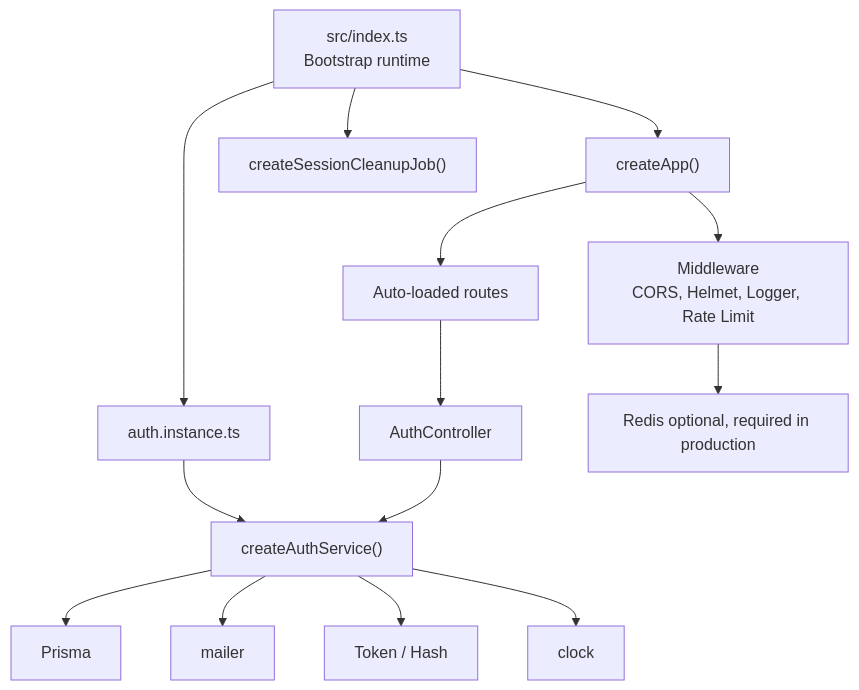
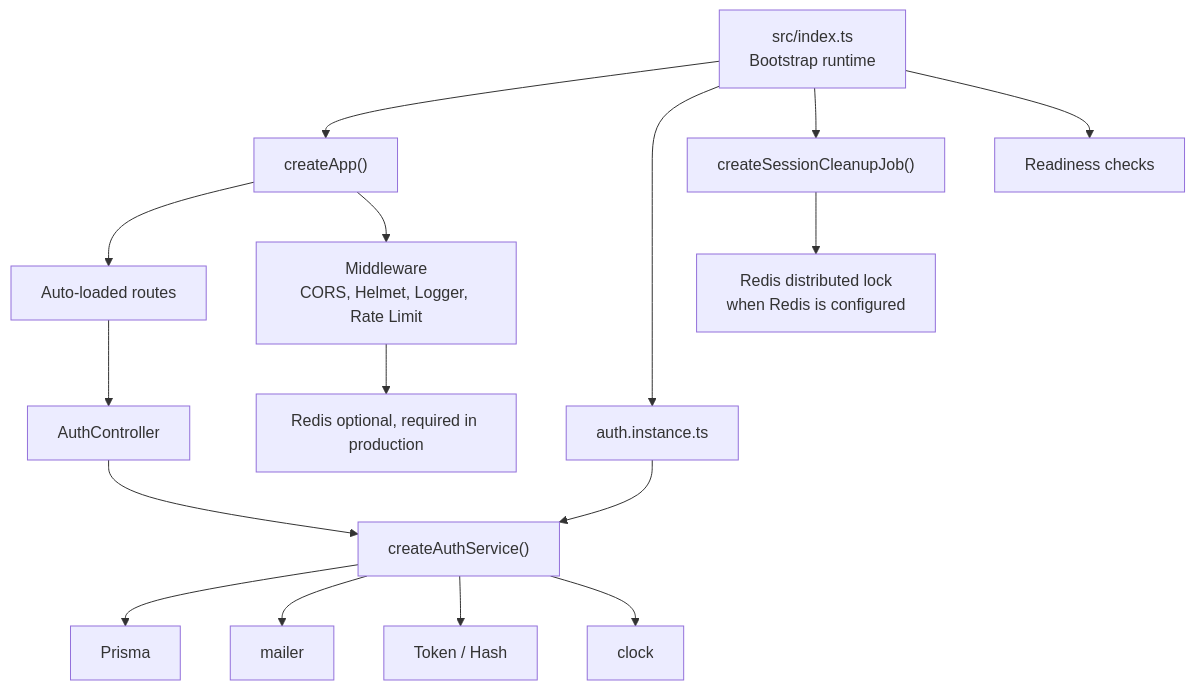
One commit to FairPlayTeam/ts-backend changed the first of 7 diagrams in ARCHITECTURE.md. Above: the diagram before and after it, drawn with Mermaid. The commit also changed other lines of this file and 14 other files, not shown here.

````diff
--- a/ARCHITECTURE.md
+++ b/ARCHITECTURE.md
@@ -9,19 +9,21 @@
 ```mermaid
 flowchart TD
 index["src/index.ts<br/>Bootstrap runtime"] --> app["createApp()"]
 index --> authInstance["auth.instance.ts"]
 index --> cleanup["createSessionCleanupJob()"]
+index --> readiness["Readiness checks"]
 
 authInstance --> authService["createAuthService()"]
 authService --> prisma["Prisma"]
 authService --> mailer["mailer"]
 authService --> crypto["Token / Hash"]
 authService --> clock["clock"]
 
 app --> routes["Auto-loaded routes"]
 routes --> controller["AuthController"]
 controller --> authService
 
 app --> middleware["Middleware<br/>CORS, Helmet, Logger, Rate Limit"]
 middleware --> redis["Redis optional, required in production"]
+cleanup --> redisLock["Redis distributed lock<br/>when Redis is configured"]
 ```
````
